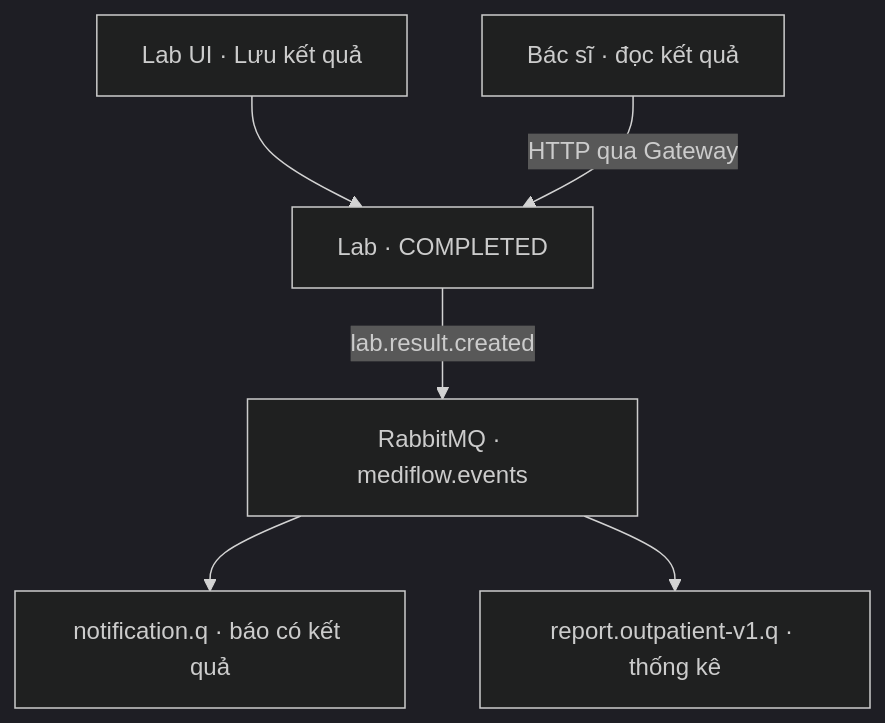
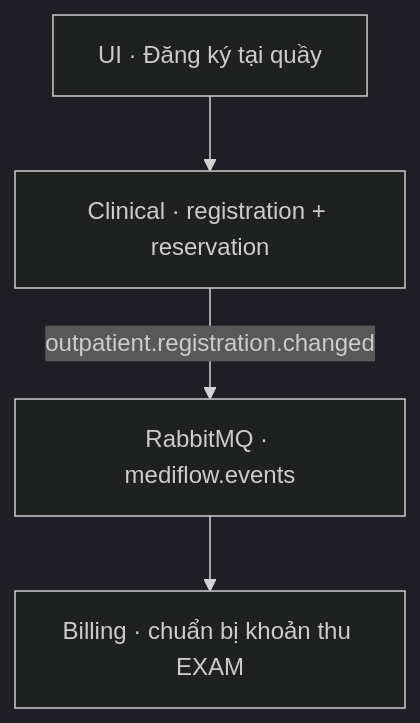
One commit to Dangvinh77/MediFlow changed the diagram in scripts/demo_25_10/artifacts/service-demo/diagrams/11.mmd. Above: the diagram before and after it, drawn with Mermaid (dark theme). The commit also changed 27 other files, not shown here.

First line of the commit message:
docs(demo): add FR, use case, architecture and Gateway slides with MediFlow theme

```diff
--- a/scripts/demo_25_10/artifacts/service-demo/diagrams/11.mmd
+++ b/scripts/demo_25_10/artifacts/service-demo/diagrams/11.mmd
@@ -1,6 +1,4 @@
 flowchart TB
-U["Lab UI · Lưu kết quả"] --> L["Lab · COMPLETED"]
-L -->|"lab.result.created"| R["RabbitMQ · mediflow.events"]
-R --> N["notification.q · báo có kết quả"]
-R --> T["report.outpatient-v1.q · thống kê"]
-C["Bác sĩ · đọc kết quả"] -->|"HTTP qua Gateway"| L
+U["UI · Đăng ký tại quầy"] --> C["Clinical · registration + reservation"]
+C -->|"outpatient.registration.changed"| R["RabbitMQ · mediflow.events"]
+R --> B["Billing · chuẩn bị khoản thu EXAM"]
```
